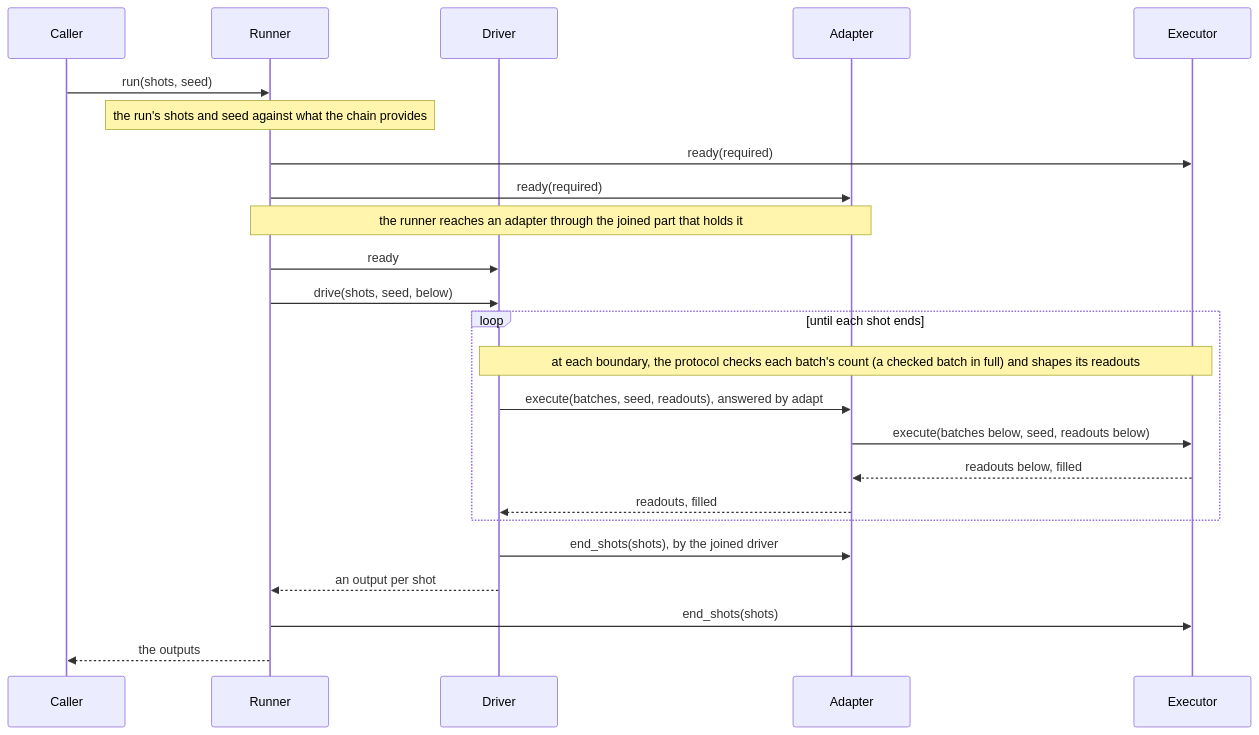
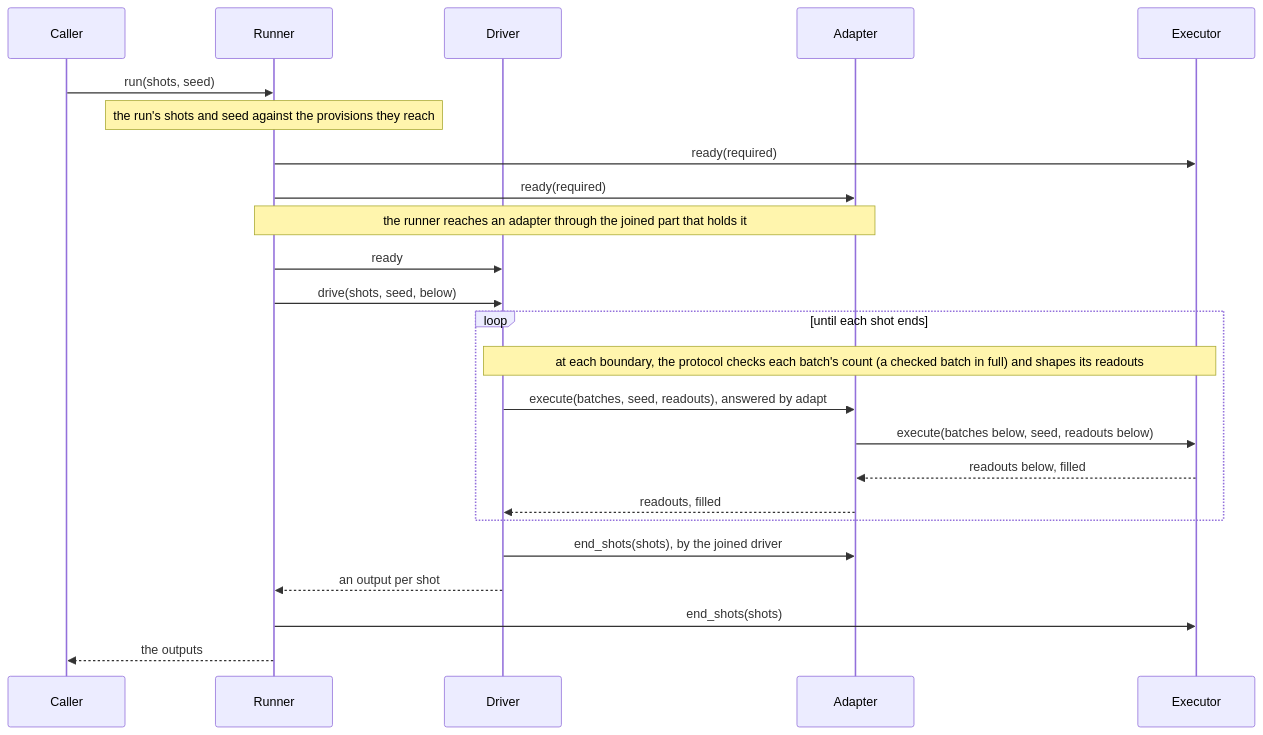
One commit to microsoft/qdk changed the diagram in source/executor_protocol/README.md. Above: the diagram before and after it, drawn with Mermaid. The commit also changed other lines of this file and 38 other files, not shown here.

````diff
--- a/source/executor_protocol/README.md
+++ b/source/executor_protocol/README.md
@@ -238,26 +249,26 @@
 ```mermaid
 sequenceDiagram
   participant C as Caller
   participant R as Runner
   participant D as Driver
   participant A as Adapter
   participant E as Executor
   C->>R: run(shots, seed)
-  Note over R: the run's shots and seed against what the chain provides
+  Note over R: the run's shots and seed against the provisions they reach
   R->>E: ready(required)
   R->>A: ready(required)
   Note over R,A: the runner reaches an adapter through the joined part that holds it
   R->>D: ready
   R->>D: drive(shots, seed, below)
   loop until each shot ends
     Note over D,E: at each boundary, the protocol checks each batch's count (a checked batch in full) and shapes its readouts
     D->>A: execute(batches, seed, readouts), answered by adapt
     A->>E: execute(batches below, seed, readouts below)
     E-->>A: readouts below, filled
     A-->>D: readouts, filled
   end
   D->>A: end_shots(shots), by the joined driver
   D-->>R: an output per shot
   R->>E: end_shots(shots)
   R-->>C: the outputs
 ```
````
